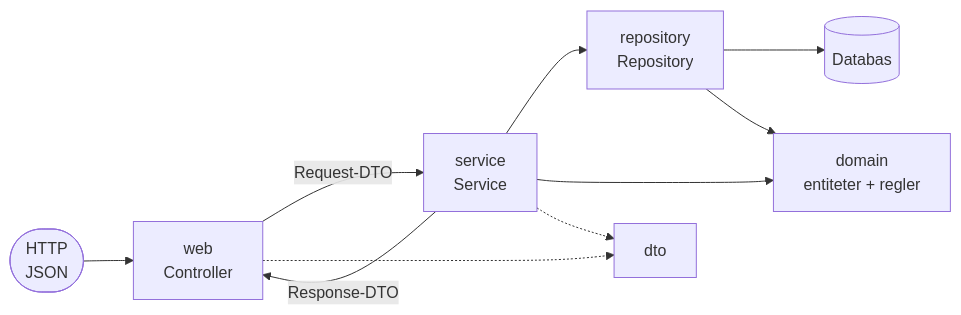
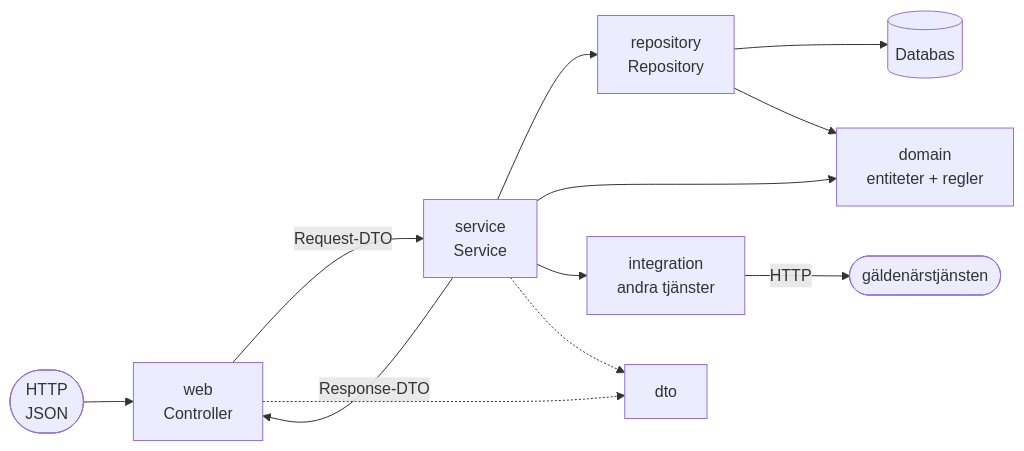
Before and after one commit to JudyTutala95/skuld-handlaggning: the second of 2 diagrams in README.md, drawn with Mermaid. The commit also changed other lines of this file and 216 other files, not shown here.

````diff
--- a/README.md
+++ b/README.md
@@ -159,12 +222,14 @@
 ```mermaid
 flowchart LR
     HTTP(["HTTP<br/>JSON"]) --> WEB["web<br/>Controller"]
     WEB -->|Request-DTO| SERVICE["service<br/>Service"]
     SERVICE -->|Response-DTO| WEB
     SERVICE --> REPO["repository<br/>Repository"]
     REPO --> DB[("Databas")]
     SERVICE --> DOMAIN["domain<br/>entiteter + regler"]
     REPO --> DOMAIN
+    SERVICE --> INT["integration<br/>andra tjänster"]
+    INT -->|HTTP| EXT(["gäldenärstjänsten"])
     WEB -.-> DTO["dto"]
     SERVICE -.-> DTO
 ```
````
